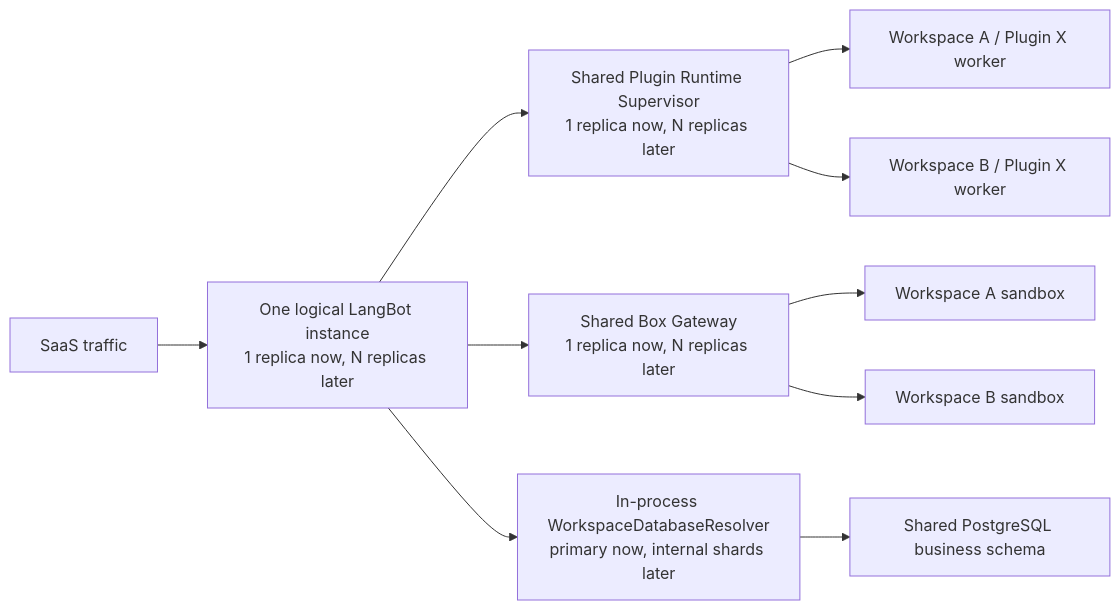
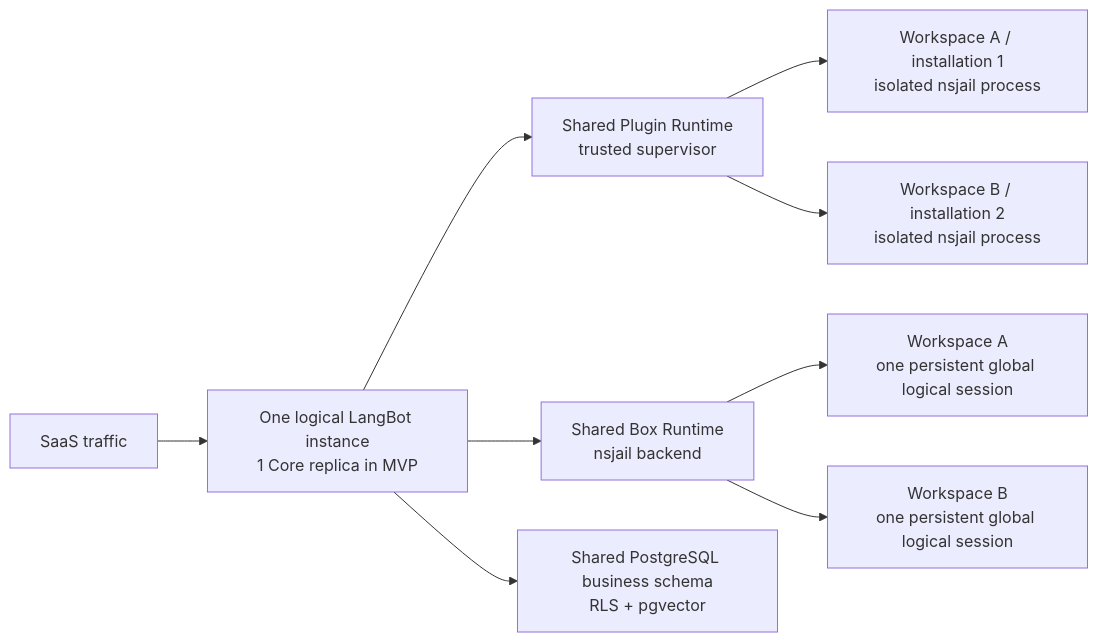
One commit to langbot-app/LangBot changed the diagram in docs/multi-tenant/pending-architecture-decisions.md. Above: the diagram before and after it, drawn with Mermaid. The commit also changed other lines of this file, not shown here.

````diff
--- a/docs/multi-tenant/pending-architecture-decisions.md
+++ b/docs/multi-tenant/pending-architecture-decisions.md
@@ -48,12 +57,11 @@
 ```mermaid
 flowchart LR
-    Traffic["SaaS traffic"] --> Core["One logical LangBot instance<br/>1 replica now, N replicas later"]
-    Core --> PluginSupervisor["Shared Plugin Runtime Supervisor<br/>1 replica now, N replicas later"]
-    Core --> BoxScheduler["Shared Box Gateway<br/>1 replica now, N replicas later"]
-    PluginSupervisor --> PA["Workspace A / Plugin X worker"]
-    PluginSupervisor --> PB["Workspace B / Plugin X worker"]
-    BoxScheduler --> BA["Workspace A sandbox"]
-    BoxScheduler --> BB["Workspace B sandbox"]
-    Core --> Resolver["In-process WorkspaceDatabaseResolver<br/>primary now, internal shards later"]
-    Resolver --> PG["Shared PostgreSQL business schema"]
+    Traffic["SaaS traffic"] --> Core["One logical LangBot instance<br/>1 Core replica in MVP"]
+    Core --> PluginRuntime["Shared Plugin Runtime<br/>trusted supervisor"]
+    Core --> BoxRuntime["Shared Box Runtime<br/>nsjail backend"]
+    PluginRuntime --> PA["Workspace A / installation 1<br/>isolated nsjail process"]
+    PluginRuntime --> PB["Workspace B / installation 2<br/>isolated nsjail process"]
+    BoxRuntime --> BA["Workspace A<br/>one persistent global logical session"]
+    BoxRuntime --> BB["Workspace B<br/>one persistent global logical session"]
+    Core --> PG["Shared PostgreSQL business schema<br/>RLS + pgvector"]
 ```
````
